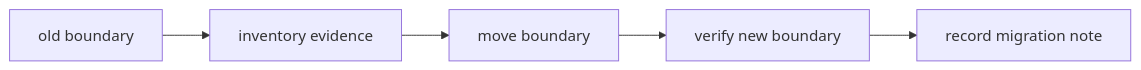
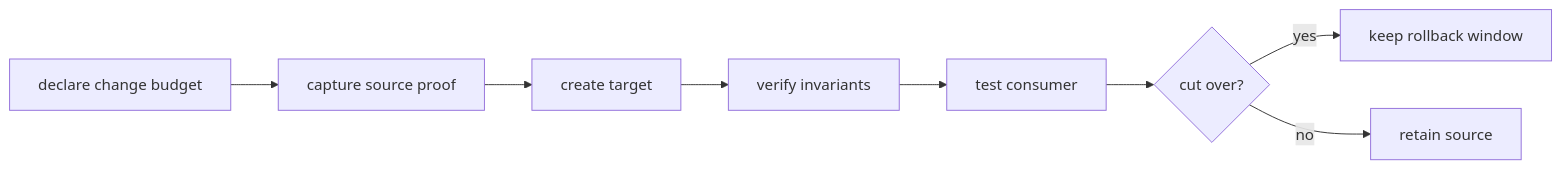
One commit to bijux/bijux-masterclass changed the second of 3 diagrams in programs/reproducible-research/deep-dive-dvc/course-book/module-10-migration-governance-dvc-boundaries/safe-migration-plans-for-state-boundaries.md. Above: the diagram before and after it, drawn with Mermaid. The commit also changed other lines of this file, not shown here.

Commit message:
docs(dvc): preserve invariants across boundary migration

````diff
--- a/programs/reproducible-research/deep-dive-dvc/course-book/module-10-migration-governance-dvc-boundaries/safe-migration-plans-for-state-boundaries.md
+++ b/programs/reproducible-research/deep-dive-dvc/course-book/module-10-migration-governance-dvc-boundaries/safe-migration-plans-for-state-boundaries.md
@@ -69,7 +18,10 @@
 ```mermaid
 flowchart LR
-  old["old boundary"] --> inventory["inventory evidence"]
-  inventory --> migrate["move boundary"]
-  migrate --> verify["verify new boundary"]
-  verify --> note["record migration note"]
+  contract["declare change budget"] --> before["capture source proof"]
+  before --> copy["create target"]
+  copy --> compare["verify invariants"]
+  compare --> consume["test consumer"]
+  consume --> decide{"cut over?"}
+  decide -->|yes| window["keep rollback window"]
+  decide -->|no| restore["retain source"]
 ```
````
